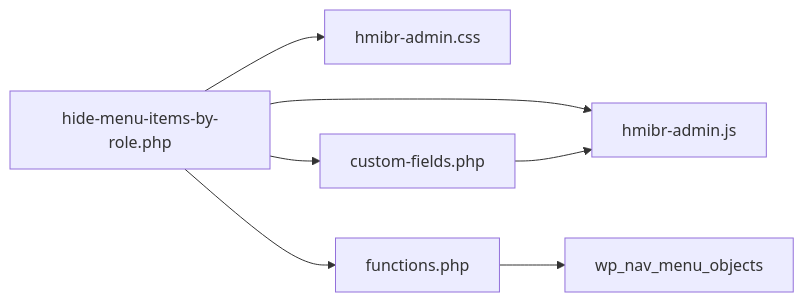
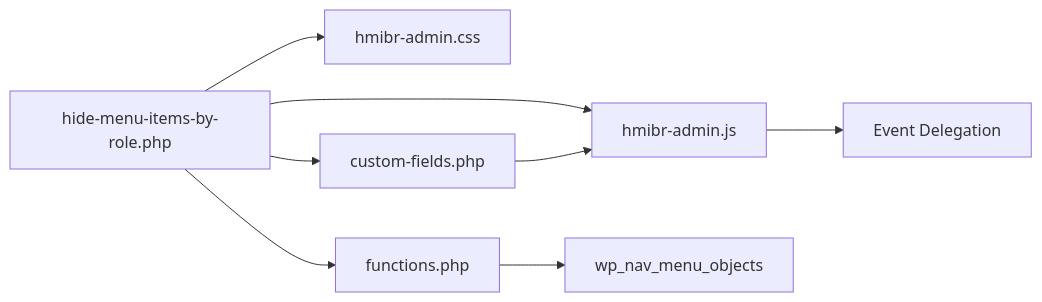
Before and after one commit to mahfuzurwp/hide-menu-items-by-role: the sixth of 6 diagrams in .qoder/repowiki/en/content/Customization Guide/JavaScript Enhancement.md, drawn with Mermaid. The commit also changed other lines of this file and 20 other files, not shown here.

````diff
--- a/.qoder/repowiki/en/content/Customization Guide/JavaScript Enhancement.md
+++ b/.qoder/repowiki/en/content/Customization Guide/JavaScript Enhancement.md
@@ -291,9 +326,10 @@
 ```mermaid
 graph LR
 Boot["hide-menu-items-by-role.php"] --> CSS["hmibr-admin.css"]
 Boot --> JS["hmibr-admin.js"]
 Boot --> CF["custom-fields.php"]
 Boot --> FN["functions.php"]
 CF --> JS
 FN --> WP["wp_nav_menu_objects"]
+JS --> ED["Event Delegation"]
 ```
````
